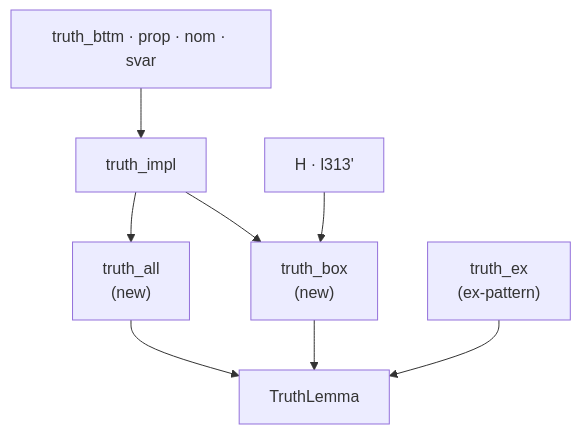
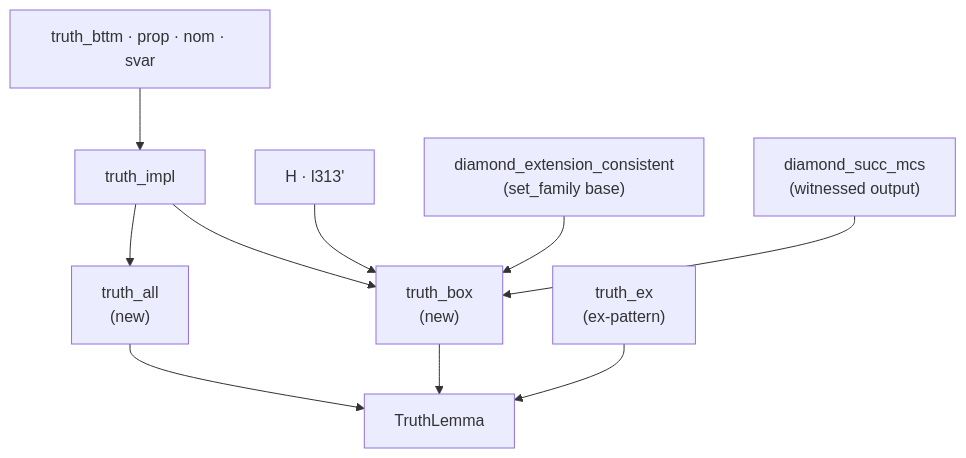
Before and after one commit to catskillsresearch/hybrid_logic_lean_revisited: the fourth of 5 diagrams in arxiv.md, drawn with Mermaid. The commit also changed other lines of this file and 2 other files, not shown here.

````diff
--- a/arxiv.md
+++ b/arxiv.md
@@ -273,10 +273,12 @@
 ```mermaid
 flowchart TD
   base["truth_bttm · prop · nom · svar"] --> impl["truth_impl"]
   impl --> box["truth_box<br/>(new)"]
   impl --> all["truth_all<br/>(new)"]
   H["H · l313'"] --> box
+  setfam["diamond_extension_consistent<br/>(set_family base)"] --> box
+  witlift["diamond_succ_mcs<br/>(witnessed output)"] --> box
   ex["truth_ex<br/>(ex-pattern)"] --> TLm["TruthLemma"]
   box --> TLm
   all --> TLm
 ```
````
